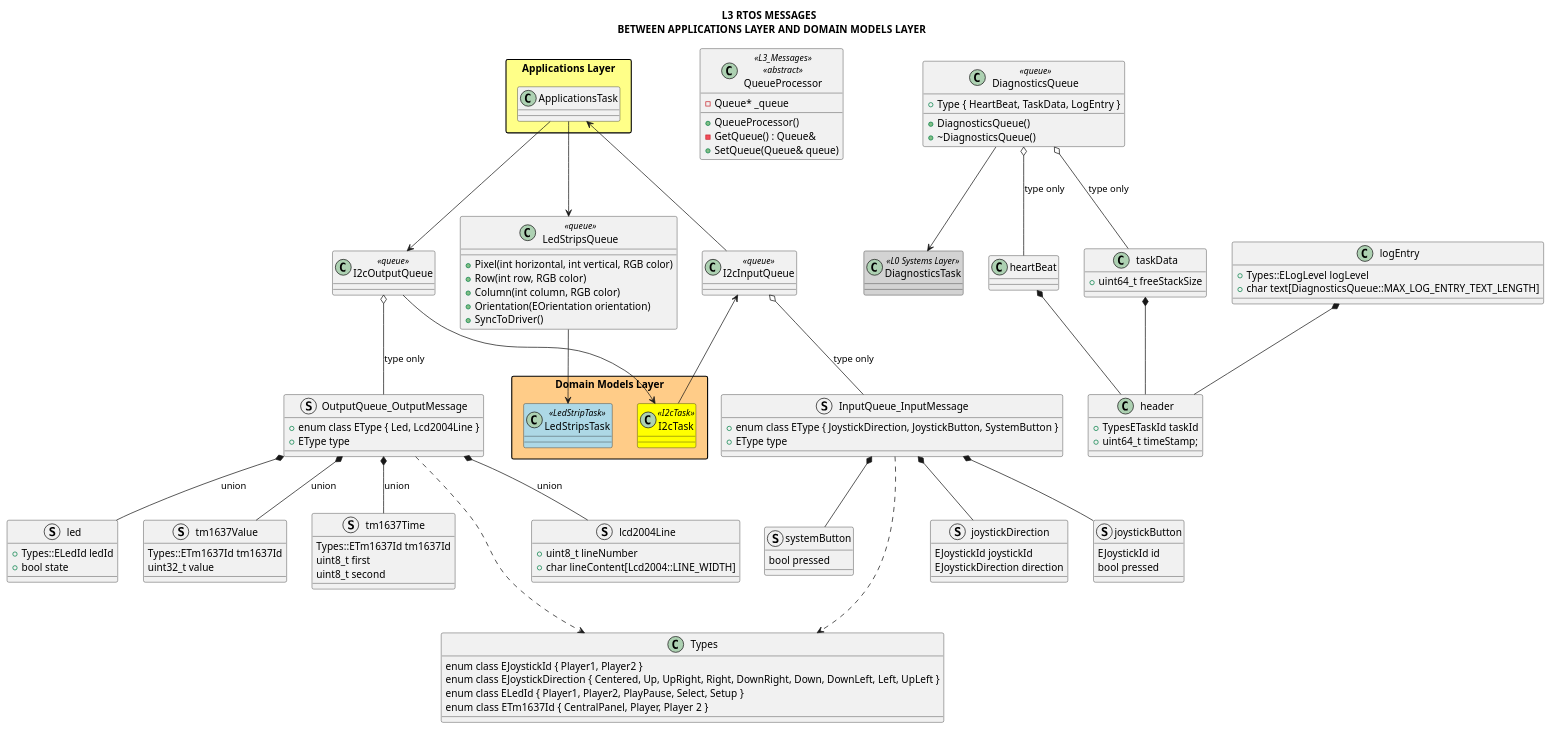
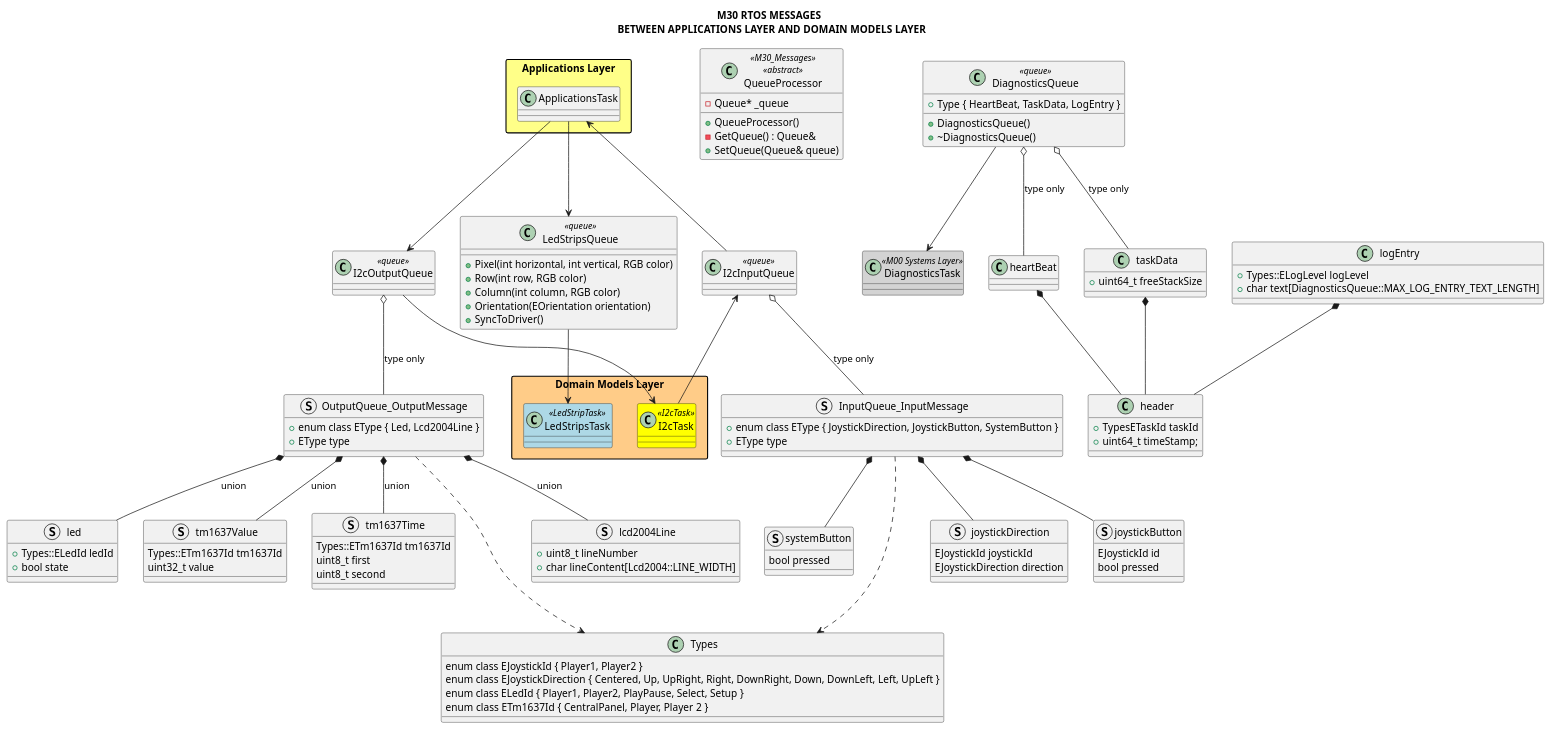
Before and after one commit to michelkeijzers/fraxis: the diagram in Docs/Software Design/Layers/L3_messages.puml, drawn with PlantUML. The commit also changed 398 other files, not shown here.

```diff
--- a/Docs/Software Design/Layers/L3_messages.puml
+++ b/Docs/Software Design/Layers/L3_messages.puml
@@ -1,177 +1,177 @@
 @startuml
 
-title L3 RTOS MESSAGES \n BETWEEN APPLICATIONS LAYER AND DOMAIN MODELS LAYER
+title M30 RTOS MESSAGES \n BETWEEN APPLICATIONS LAYER AND DOMAIN MODELS LAYER
 
 skinparam packageStyle rectangle
 skinparam lineThickness 2
 
 '------------------------------------------------------------------------------------------------
 '                           APPLICATIONS LAYER 
 '------------------------------------------------------------------------------------------------
 
 package "Applications Layer" #ff8
 {
     class ApplicationsTask {}
 } 
 
 class Types
 {
     enum class EJoystickId { Player1, Player2 }
     enum class EJoystickDirection { Centered, Up, UpRight, Right, DownRight, Down, DownLeft, Left, UpLeft }
     enum class ELedId { Player1, Player2, PlayPause, Select, Setup }
     enum class ETm1637Id { CentralPanel, Player, Player 2 }
 }
 
 class LedStripsQueue <<queue>> 
 {
     + Pixel(int horizontal, int vertical, RGB color)
     + Row(int row, RGB color)
     + Column(int column, RGB color)
     + Orientation(EOrientation orientation)
     + SyncToDriver()
 }
 
 class I2cOutputQueue <<queue>> 
 {
 }
 
 struct OutputQueue_OutputMessage
 {
     + enum class EType { Led, Lcd2004Line }
     + EType type
 }
 
 struct lcd2004Line 
 {
     + uint8_t lineNumber
     + char lineContent[Lcd2004::LINE_WIDTH]
 }
 
 struct led
 {
     + Types::ELedId ledId
     + bool state
 }
 
 struct tm1637Value
 {
     Types::ETm1637Id tm1637Id
     uint32_t value
 } 
 
 struct tm1637Time
 {
     Types::ETm1637Id tm1637Id
     uint8_t first
     uint8_t second
 }
 
 OutputQueue_OutputMessage *-- led : union
 OutputQueue_OutputMessage *-- lcd2004Line : union
 OutputQueue_OutputMessage *-- tm1637Value : union
 OutputQueue_OutputMessage *-- tm1637Time : union
 
 I2cOutputQueue o-- OutputQueue_OutputMessage : type only
 
 class I2cInputQueue <<queue>> 
 {
 }
 
 ApplicationsTask --> LedStripsQueue
 ApplicationsTask --> I2cOutputQueue
 ApplicationsTask <-- I2cInputQueue
 
 struct InputQueue_InputMessage
 {
     + enum class EType { JoystickDirection, JoystickButton, SystemButton }
     + EType type
 }
 
 I2cInputQueue o-- InputQueue_InputMessage: type only
 
 OutputQueue_OutputMessage ...> Types
 InputQueue_InputMessage ...> Types
 
-class QueueProcessor <<L3_Messages>> <<abstract>>
+class QueueProcessor <<M30_Messages>> <<abstract>>
 {
     + QueueProcessor()
     - GetQueue() : Queue&
     + SetQueue(Queue& queue)
     - Queue* _queue
 }
 
 struct joystickDirection
 {
     EJoystickId joystickId
     EJoystickDirection direction
 }
 
 struct joystickButton
 {
     EJoystickId id
     bool pressed
 } 
 
 struct systemButton
 {
     bool pressed
 } 
 
 InputQueue_InputMessage *-- joystickDirection
 InputQueue_InputMessage *-- joystickButton
 InputQueue_InputMessage *-- systemButton
 
 package "Domain Models Layer" as DomainModelsLayer #fc8
 {
     class I2cTask <<I2cTask>> #yellow
     class LedStripsTask <<LedStripTask>> #lightblue
 }
 
 LedStripsQueue --> LedStripsTask
 I2cOutputQueue --> I2cTask
 I2cInputQueue <-- I2cTask
 
-class DiagnosticsTask <<L0 Systems Layer>> #lightgrey
+class DiagnosticsTask <<M00 Systems Layer>> #lightgrey
 {
 }
 
 class DiagnosticsQueue <<queue>> 
 {
     + DiagnosticsQueue()
     + ~DiagnosticsQueue()
     + Type { HeartBeat, TaskData, LogEntry }
 }
 
 DiagnosticsQueue --> DiagnosticsTask
 
 class header 
 {
     + TypesETaskId taskId
     + uint64_t timeStamp; 
 }
 
 class heartBeat
 {
 }
 
 heartBeat *-- header
 
 class taskData
 {
     + uint64_t freeStackSize
 }
 
 taskData *-- header
 
 class logEntry
 {
     + Types::ELogLevel logLevel
     + char text[DiagnosticsQueue::MAX_LOG_ENTRY_TEXT_LENGTH]
 }
 
 logEntry *-- header
 
 DiagnosticsQueue o-- heartBeat : type only
 DiagnosticsQueue o-- taskData : type only
 
 @enduml
```
